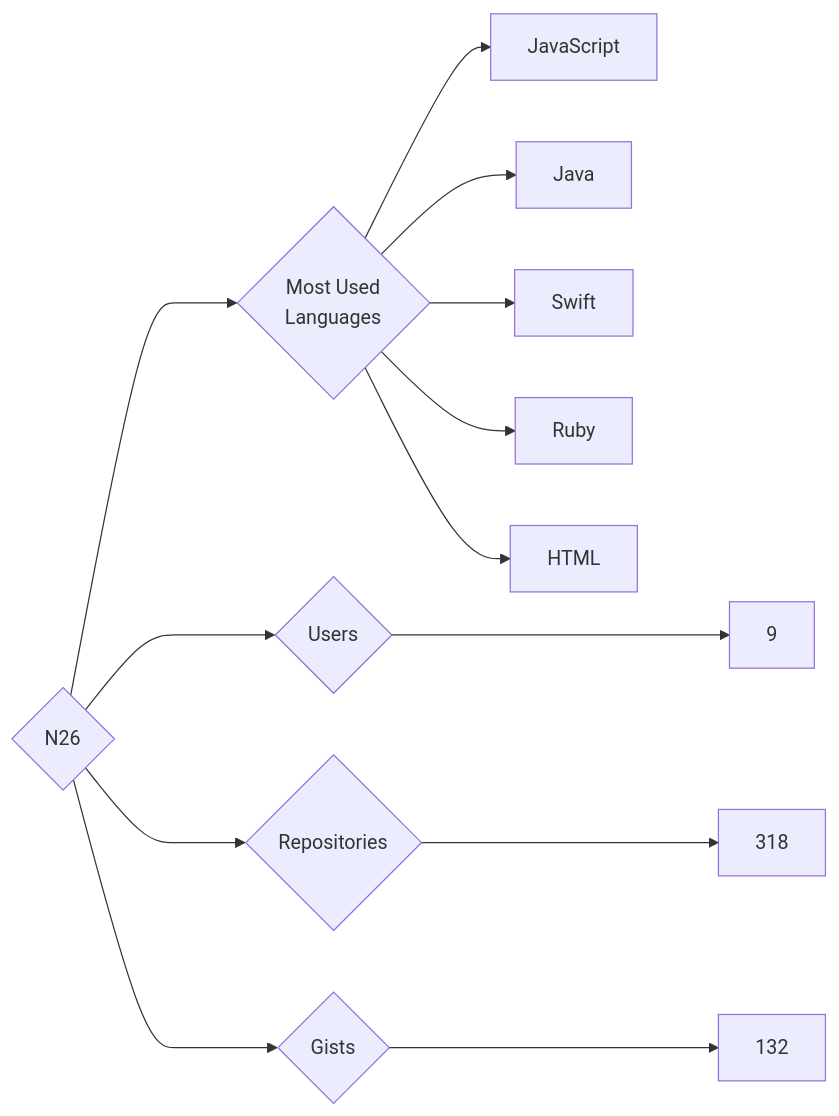
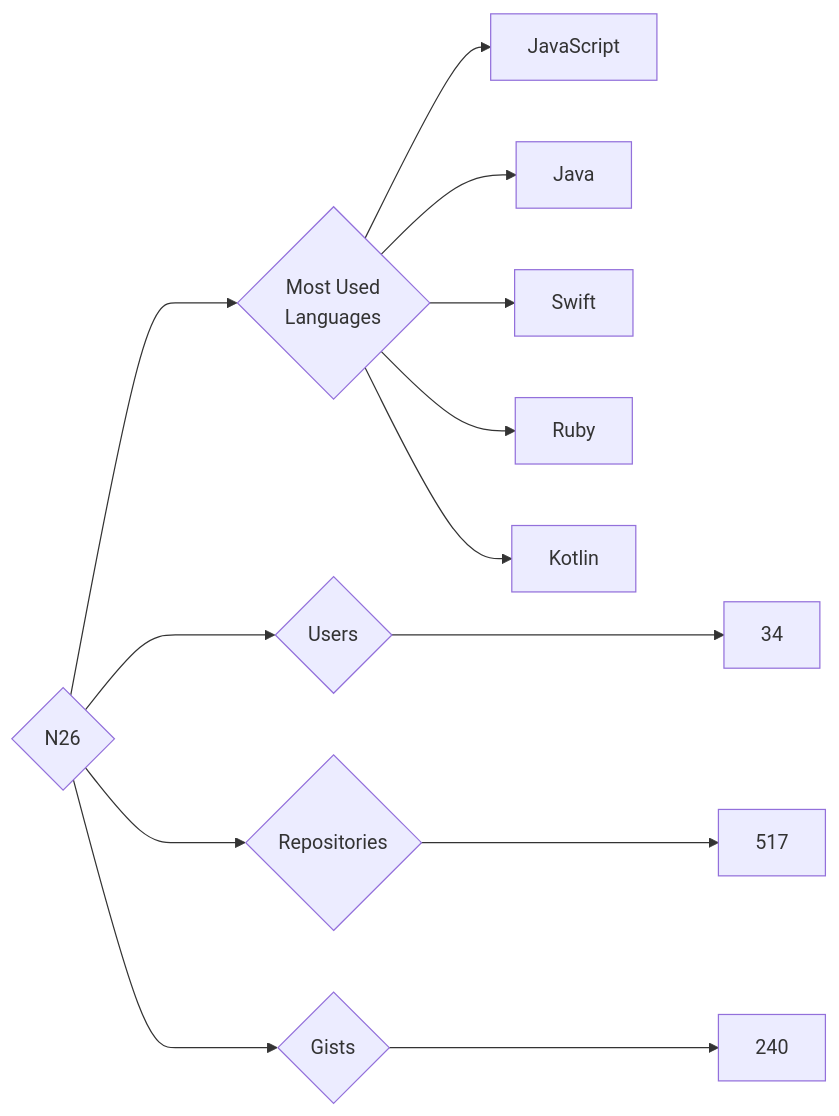
The diagram in targets/N26/README.md (trickest/insiders), drawn with Mermaid before and after one commit. The commit also changed 728 other files, not shown here.

````diff
--- a/targets/N26/README.md
+++ b/targets/N26/README.md
@@ -3,13 +3,13 @@
 ```mermaid
 graph LR
 COMPANY_NAME{N26}
-COMPANY_NAME ---> U{Users} ---> UN[9]
-COMPANY_NAME ---> R{Repositories} ---> RN[318]
-COMPANY_NAME ---> G{Gists} ---> GN[132]
+COMPANY_NAME ---> U{Users} ---> UN[34]
+COMPANY_NAME ---> R{Repositories} ---> RN[517]
+COMPANY_NAME ---> G{Gists} ---> GN[240]
 COMPANY_NAME ---> ML{Most Used<br>Languages}
 ML --> JavaScript[JavaScript]
 ML --> Java[Java]
 ML --> Swift[Swift]
 ML --> Ruby[Ruby]
-ML --> HTML[HTML]
+ML --> Kotlin[Kotlin]
 ```
````
